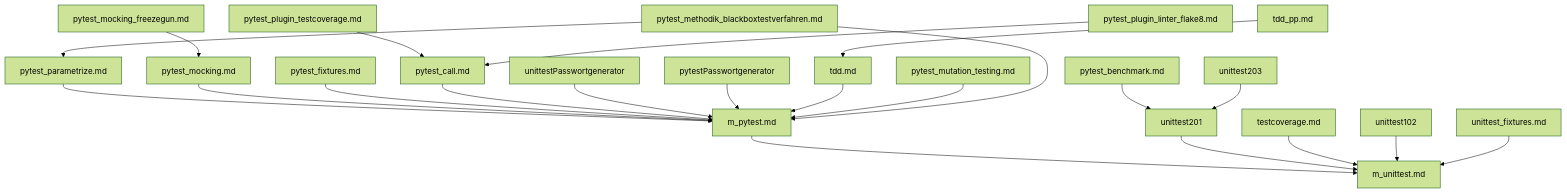
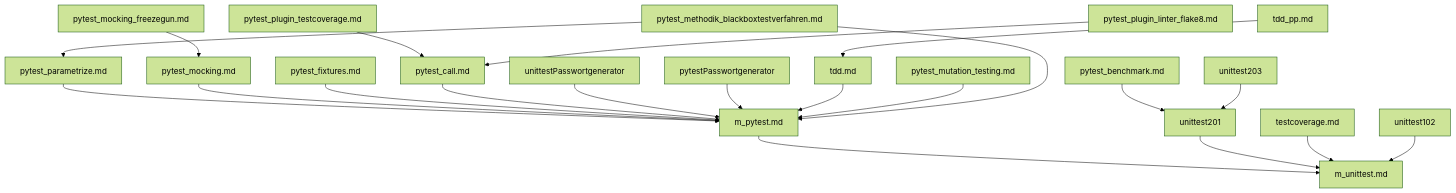
One commit to fubinf/propra-inf changed the diagram in ch/Testen/Unittests/index.md. Above: the diagram before and after it, drawn with Mermaid (forest theme). The commit also changed other lines of this file and 1 other file, not shown here.

Commit message:
ch/Testen/Unittests/unittest_fixtures: removed
Removed #66

````diff
--- a/ch/Testen/Unittests/index.md
+++ b/ch/Testen/Unittests/index.md
@@ -14,41 +14,39 @@
 ```mermaid
 graph TD
     m_unittest["m_unittest.md"]
     m_pytest["m_pytest.md"]
     pytest_parametrize["pytest_parametrize.md"]
     pytest_mocking["pytest_mocking.md"]
     pytest_fixtures["pytest_fixtures.md"]
     pytest_call["pytest_call.md"]
     pytest_plugin_testcoverage["pytest_plugin_testcoverage.md"]
     pytest_plugin_linter_flake8["pytest_plugin_linter_flake8.md"]
     pytest_benchmark["pytest_benchmark.md"]
     tdd["tdd.md"]
     tdd_pp["tdd_pp.md"]
     testcoverage["testcoverage.md"]
     pytest_mocking_freezegun["pytest_mocking_freezegun.md"]
     pytest_mutation_testing["pytest_mutation_testing.md"]
-    unittest_fixtures["unittest_fixtures.md"]
     pytest_methodik_blackboxtestverfahren["pytest_methodik_blackboxtestverfahren.md"]
 
     m_pytest --> m_unittest
     pytest_parametrize --> m_pytest
     pytest_mocking --> m_pytest
     pytest_fixtures --> m_pytest
     pytest_call --> m_pytest
     pytest_plugin_testcoverage --> pytest_call
     pytest_plugin_linter_flake8 --> pytest_call
     pytest_benchmark --> unittest201
     unittestPasswortgenerator --> m_pytest
     pytestPasswortgenerator --> m_pytest
     unittest201 --> m_unittest
     unittest203 --> unittest201
     tdd --> m_pytest
     tdd_pp --> tdd
     testcoverage --> m_unittest
     pytest_mocking_freezegun --> pytest_mocking
     pytest_mutation_testing --> m_pytest
     unittest102 --> m_unittest
-    unittest_fixtures --> m_unittest
     pytest_methodik_blackboxtestverfahren --> m_pytest
     pytest_methodik_blackboxtestverfahren --> pytest_parametrize
 ```
````
